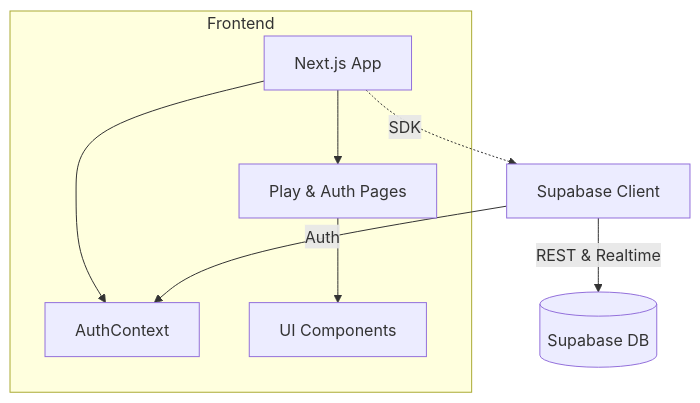
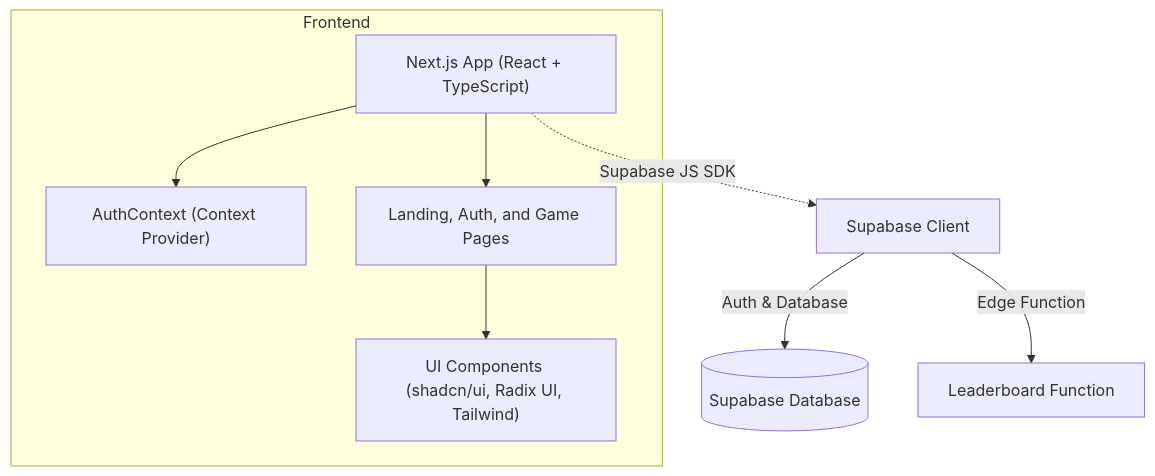
One commit to dantewins/swordle changed the diagram in README.md. Above: the diagram before and after it, drawn with Mermaid. The commit also changed other lines of this file, not shown here.

````diff
--- a/README.md
+++ b/README.md
@@ -20,16 +11,12 @@
 ```mermaid
 flowchart TB
   subgraph Frontend
-    A["Next.js App"]
-    B["AuthContext"]
-    C["Play & Auth Pages"]
-    D["UI Components"]
+    FE["Next.js App (React + TypeScript)"]
+    FE --> AC["AuthContext (Context Provider)"]
+    FE --> LG["Landing, Auth, and Game Pages"]
+    LG --> UI["UI Components (shadcn/ui, Radix UI, Tailwind)"]
   end
-  A --> B
-  A --> C
-  C --> D
-  A -.->|SDK| E["Supabase Client"]
-  E -->|REST & Realtime| F[("Supabase DB")]
-  E -->|Auth| B
-
+  FE -.->|Supabase JS SDK| SBClient["Supabase Client"]
+  SBClient -->|Auth & Database| SupaDB[(Supabase Database)]
+  SBClient -->|Edge Function| LB["Leaderboard Function"]
 ```
````
